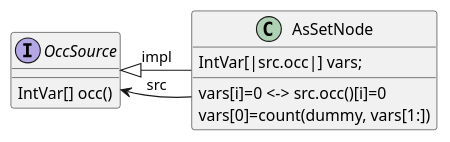
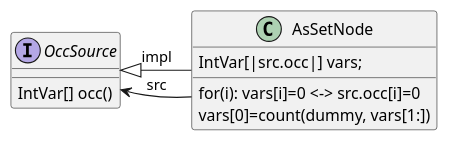
Before and after one commit to ArtemisLemon/OCLinChoco: the diagram in diagrams/asSet.plantuml, drawn with PlantUML. The commit also changed 2 other files, not shown here.

Commit message:
updated asSet diagram

```diff
--- a/diagrams/asSet.plantuml
+++ b/diagrams/asSet.plantuml
@@ -1,17 +1,17 @@
 @startuml
 
 interface OccSource{
     IntVar[] occ()
 }
 
 
 class AsSetNode {
     IntVar[|src.occ|] vars;
 
-    vars[i]=0 <-> src.occ()[i]=0
+    for(i): vars[i]=0 <-> src.occ[i]=0
     vars[0]=count(dummy, vars[1:])    
 }
 OccSource <-right- AsSetNode : src
 OccSource <|-down- AsSetNode :impl
 
 @enduml
```
